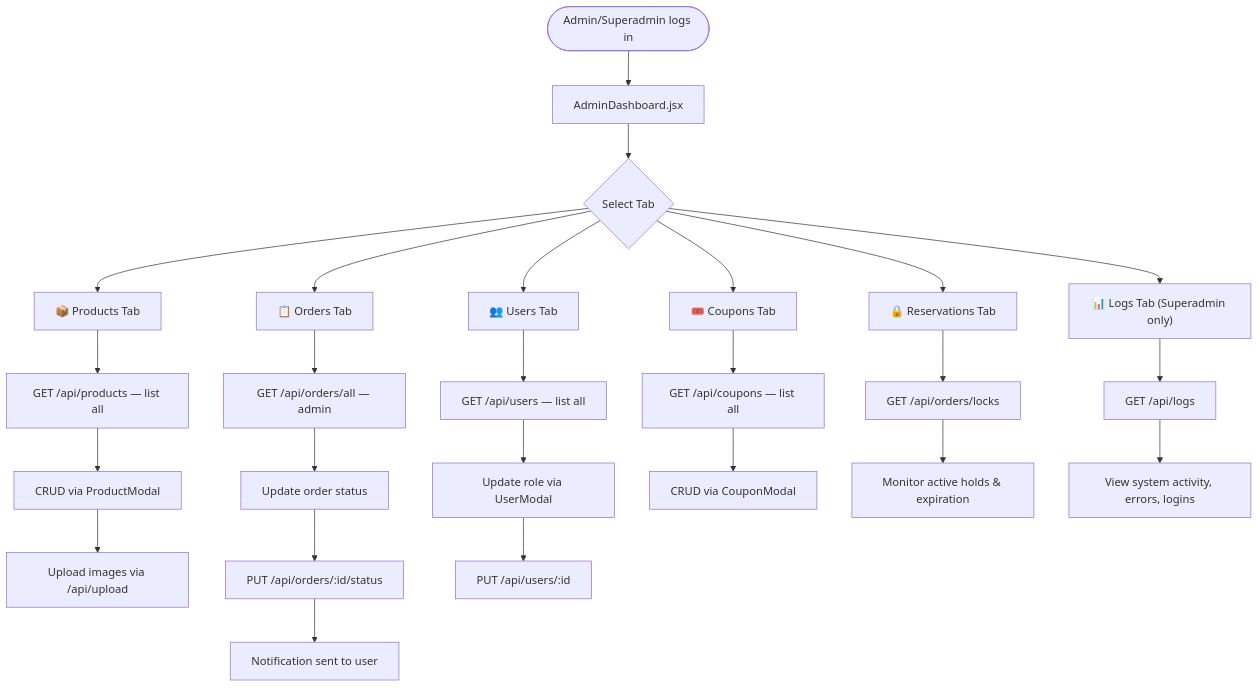
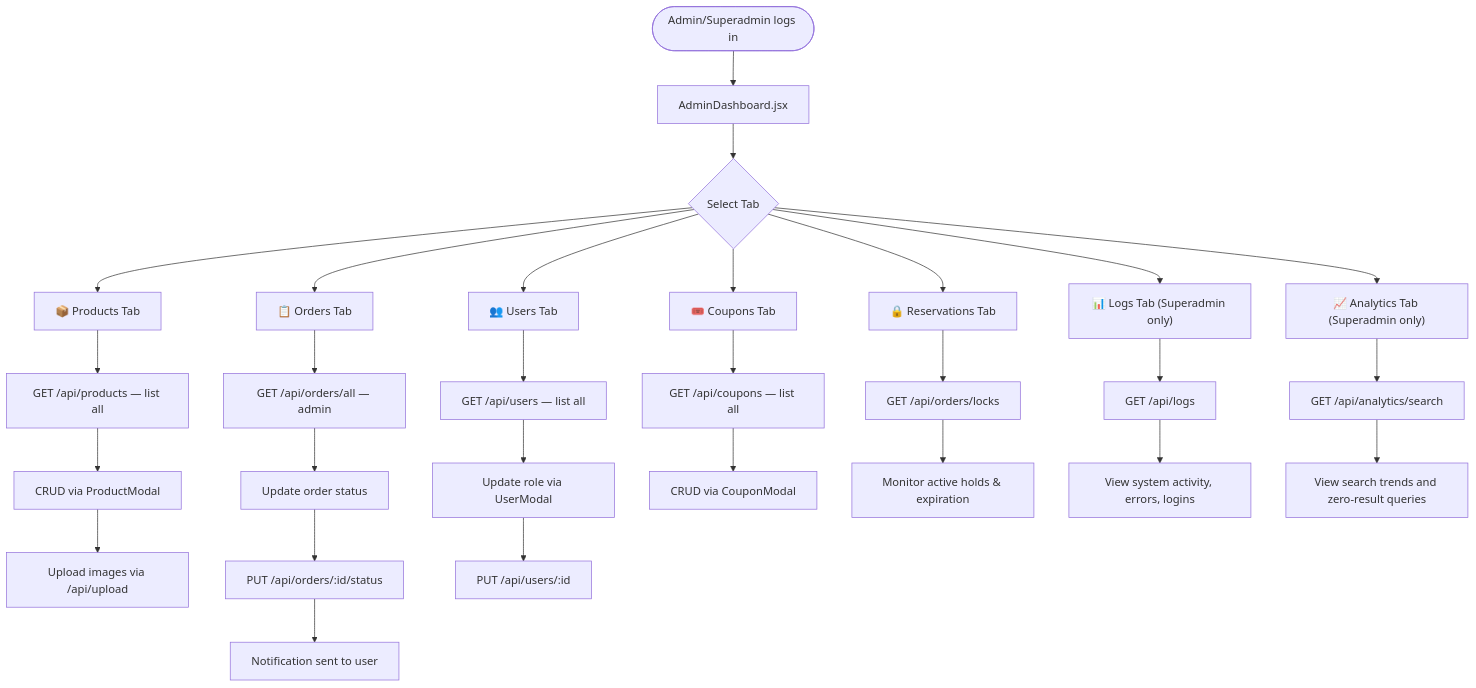
The seventh of 12 diagrams in architecture_diagrams.md (Narendrakaduru/QuickCart), drawn with Mermaid before and after one commit. The commit also changed other lines of this file and 17 other files, not shown here.

Commit message:
Feat: search analytics dashboard

````diff
--- a/architecture_diagrams.md
+++ b/architecture_diagrams.md
@@ -448,33 +455,37 @@
 ```mermaid
 flowchart TD
     A([Admin/Superadmin logs in]) --> B["AdminDashboard.jsx"]
     B --> C{Select Tab}
 
     C --> D["📦 Products Tab"]
     D --> D1["GET /api/products — list all"]
     D1 --> D2["CRUD via ProductModal"]
     D2 --> D3["Upload images via /api/upload"]
 
     C --> E["📋 Orders Tab"]
     E --> E1["GET /api/orders/all — admin"]
     E1 --> E2["Update order status"]
     E2 --> E3["PUT /api/orders/:id/status"]
     E3 --> E4["Notification sent to user"]
 
     C --> F["👥 Users Tab"]
     F --> F1["GET /api/users — list all"]
     F1 --> F2["Update role via UserModal"]
     F2 --> F3["PUT /api/users/:id"]
 
     C --> G["🎟️ Coupons Tab"]
     G --> G1["GET /api/coupons — list all"]
     G1 --> G2["CRUD via CouponModal"]
 
     C --> I["🔒 Reservations Tab"]
     I --> I1["GET /api/orders/locks"]
     I1 --> I2["Monitor active holds & expiration"]
 
     C --> H["📊 Logs Tab (Superadmin only)"]
     H --> H1["GET /api/logs"]
     H1 --> H2["View system activity, errors, logins"]
+
+    C --> J["📈 Analytics Tab (Superadmin only)"]
+    J --> J1["GET /api/analytics/search"]
+    J1 --> J2["View search trends and zero-result queries"]
 ```
````
